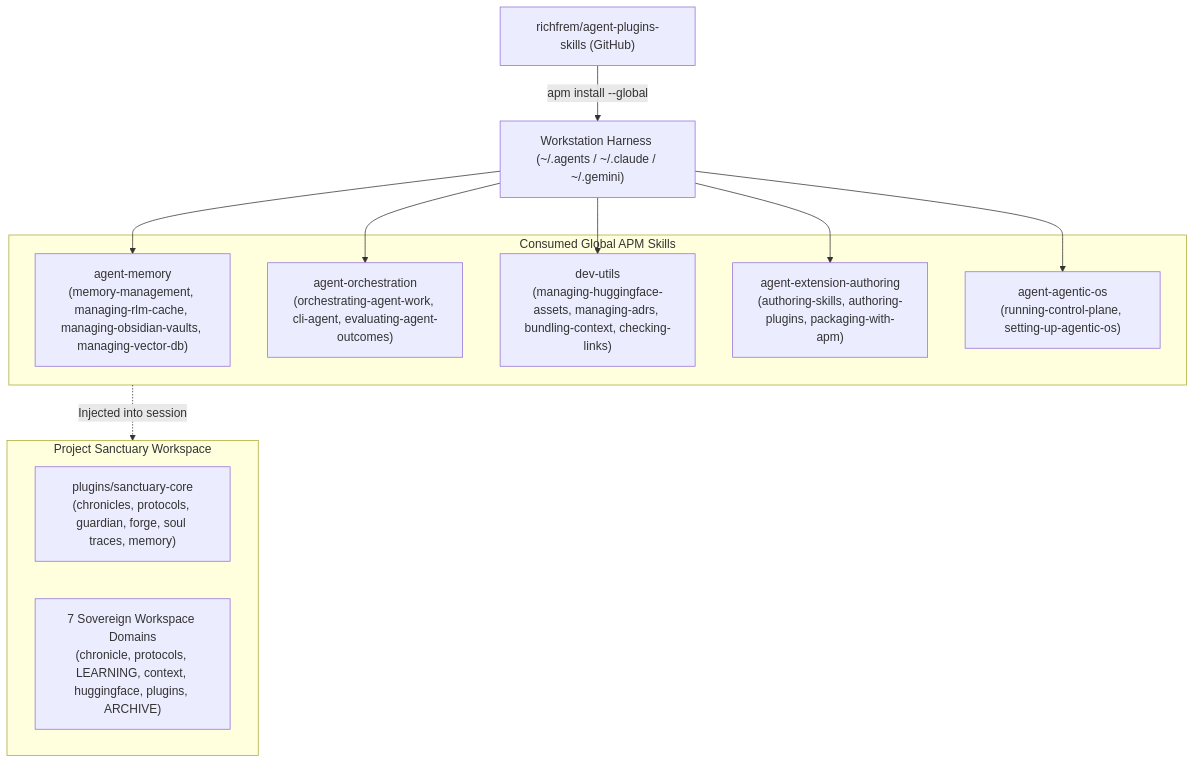
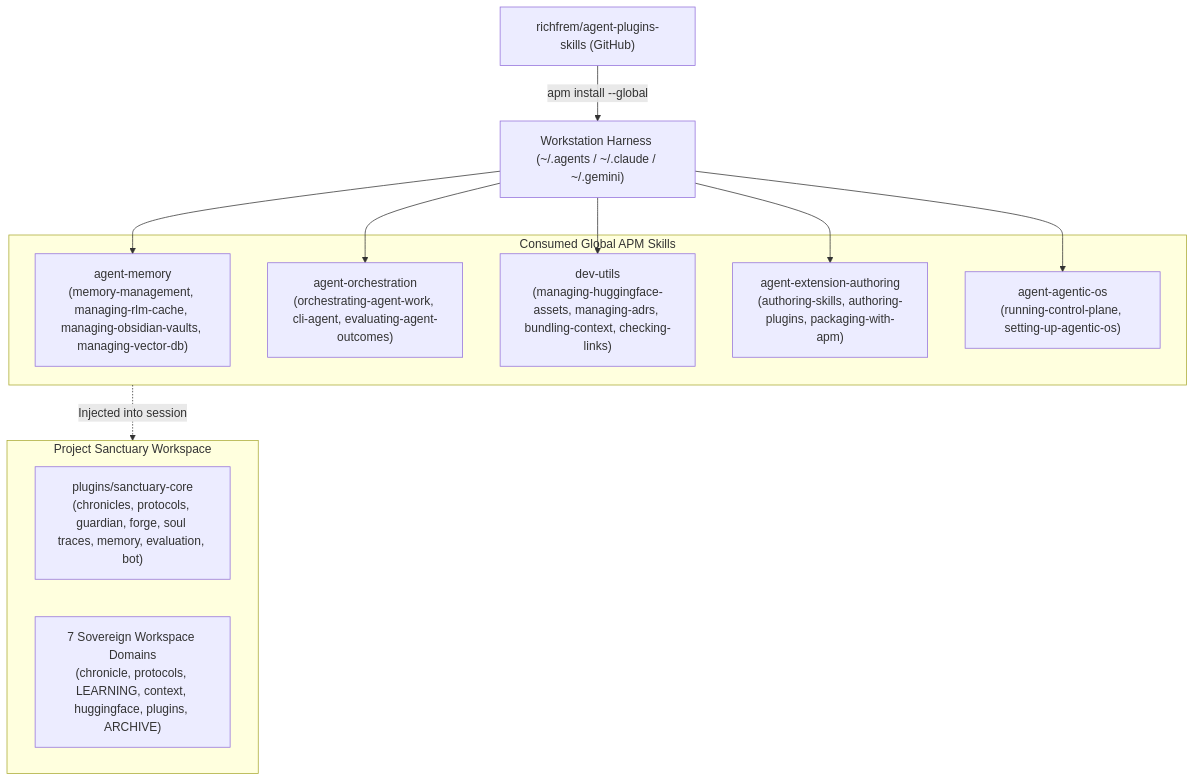
One commit to richfrem/Project_Sanctuary changed the first of 2 diagrams in architecture.md. Above: the diagram before and after it, drawn with Mermaid. The commit also changed other lines of this file and 42 other files, not shown here.

Commit message:
feat(operating-sanctuary-bot): one Sanctuary Bot interface with scheduled automations; merge daemon and campaign skills; register MISSION-069

````diff
--- a/architecture.md
+++ b/architecture.md
@@ -25,25 +25,25 @@
 ```mermaid
 graph TD
     Upstream["richfrem/agent-plugins-skills (GitHub)"] -->|apm install --global| Workstation["Workstation Harness (~/.agents / ~/.claude / ~/.gemini)"]
     
     subgraph GlobalSkills["Consumed Global APM Skills"]
         AM["agent-memory<br/>(memory-management, managing-rlm-cache, managing-obsidian-vaults, managing-vector-db)"]
         AO["agent-orchestration<br/>(orchestrating-agent-work, cli-agent, evaluating-agent-outcomes)"]
         DU["dev-utils<br/>(managing-huggingface-assets, managing-adrs, bundling-context, checking-links)"]
         AEA["agent-extension-authoring<br/>(authoring-skills, authoring-plugins, packaging-with-apm)"]
         AOS["agent-agentic-os<br/>(running-control-plane, setting-up-agentic-os)"]
     end
     
     Workstation --> AM
     Workstation --> AO
     Workstation --> DU
     Workstation --> AEA
     Workstation --> AOS
 
     subgraph Sanctuary["Project Sanctuary Workspace"]
-        Core["plugins/sanctuary-core<br/>(chronicles, protocols, guardian, forge, soul traces, memory)"]
+        Core["plugins/sanctuary-core<br/>(chronicles, protocols, guardian, forge, soul traces, memory, evaluation, bot)"]
         Domains["7 Sovereign Workspace Domains<br/>(chronicle, protocols, LEARNING, context, huggingface, plugins, ARCHIVE)"]
     end
 
     GlobalSkills -.->|Injected into session| Sanctuary
 ```
````
